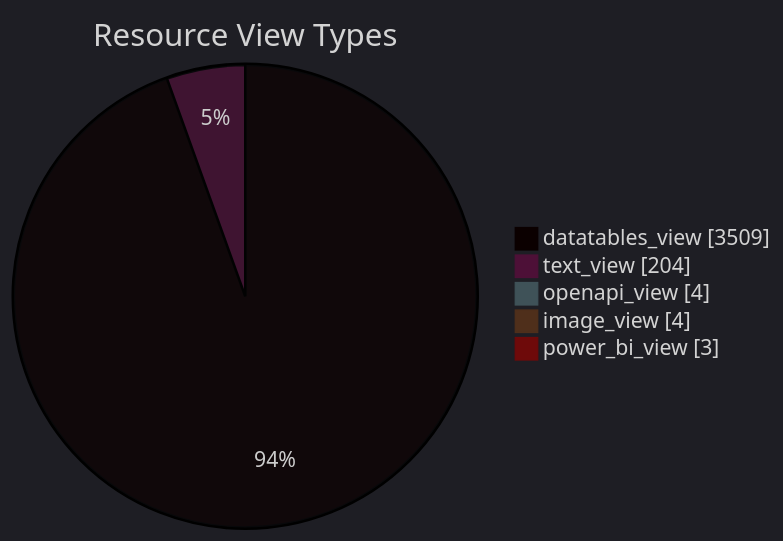
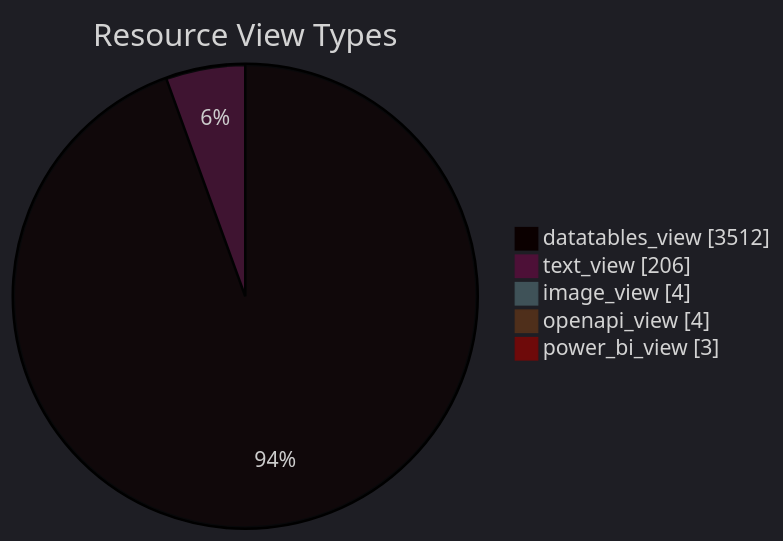
Before and after one commit to open-data/analytics-corporate-reporting: the diagram in datastore_tracker/resource_view_types_pie_chart.md, drawn with Mermaid. The commit also changed 9 other files, not shown here.

````diff
--- a/datastore_tracker/resource_view_types_pie_chart.md
+++ b/datastore_tracker/resource_view_types_pie_chart.md
@@ -2,12 +2,12 @@
 ```mermaid
 ---
 config:
   theme: dark
 ---
 pie showData title Resource View Types
-    "datatables_view": 3509
-    "text_view": 204
+    "datatables_view": 3512
+    "text_view": 206
+    "image_view": 4
     "openapi_view": 4
-    "image_view": 4
     "power_bi_view": 3
 ```
````
